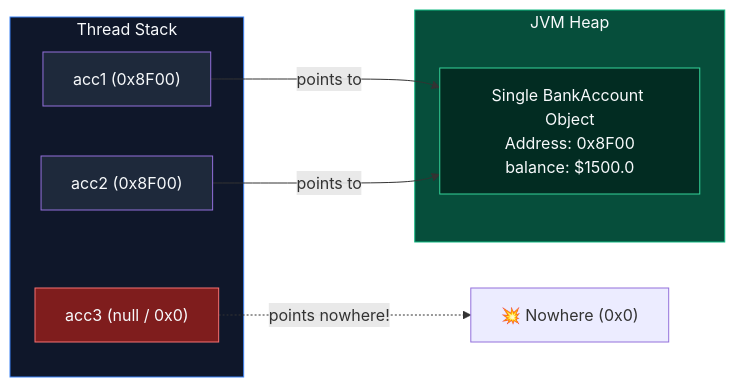
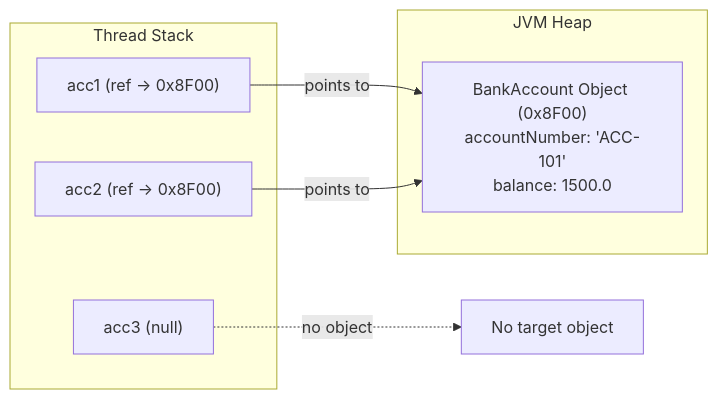
The third of 3 diagrams in content/roadmap/level-0/intro-to-oops.md (ravishankar2463/java_hub), drawn with Mermaid before and after one commit. The commit also changed other lines of this file and 119 other files, not shown here.

Commit message:
feat: add comprehensive java learning roadmap content across multiple levels

````diff
--- a/content/roadmap/level-0/intro-to-oops.md
+++ b/content/roadmap/level-0/intro-to-oops.md
@@ -223,23 +280,16 @@
 ```mermaid
 flowchart LR
-    subgraph Stack ["Thread Stack"]
-        A1["acc1 (0x8F00)"]
-        A2["acc2 (0x8F00)"]
-        A3["acc3 (null / 0x0)"]
+    subgraph stack ["Thread Stack"]
+        a1["acc1 (ref -> 0x8F00)"]
+        a2["acc2 (ref -> 0x8F00)"]
+        a3["acc3 (null)"]
     end
 
-    subgraph Heap ["JVM Heap"]
-        House["Single BankAccount Object<br/>Address: 0x8F00<br/>balance: $1500.0"]
+    subgraph heap ["JVM Heap"]
+        obj["BankAccount Object (0x8F00)<br/>accountNumber: 'ACC-101'<br/>balance: 1500.0"]
     end
 
-    A1 -->|"points to"| House
-    A2 -->|"points to"| House
-    A3 -.->|"points nowhere!"| Ground["💥 Nowhere (0x0)"]
-
-    style Stack fill:#0f172a,stroke:#3b82f6,color:#f8fafc
-    style Heap fill:#064e3b,stroke:#10b981,color:#f8fafc
-    style A1 fill:#1e293b,color:#f8fafc
-    style A2 fill:#1e293b,color:#f8fafc
-    style A3 fill:#7f1d1d,stroke:#f87171,color:#f8fafc
-    style House fill:#022c22,stroke:#34d399,color:#f8fafc
+    a1 -->|"points to"| obj
+    a2 -->|"points to"| obj
+    a3 -.->|"no object"| empty["No target object"]
 ```
````
